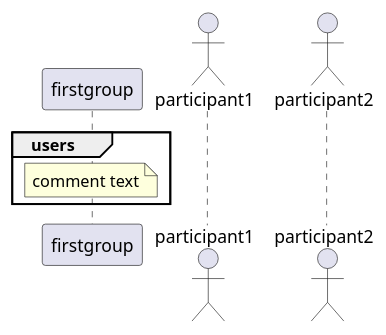
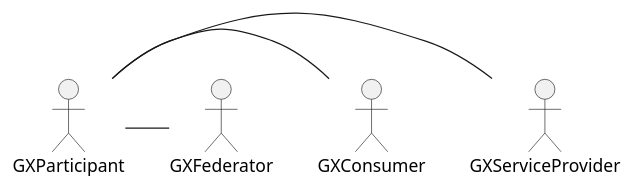
Before and after one commit to deltaDAO/files: the diagram in Architecture Designspace/participants.puml, drawn with PlantUML. The commit also changed 2 other files, not shown here.

```diff
--- a/Architecture Designspace/participants.puml
+++ b/Architecture Designspace/participants.puml
@@ -1,9 +1,12 @@
 @startuml
-group users
-    note over firstgroup
-        comment text
-    end note
-    actor participant1
-    actor participant2 
-end group
+
+actor GXParticipant
+actor GXServiceProvider
+actor GXConsumer
+actor GXFederator
+
+GXParticipant - GXServiceProvider
+GXParticipant - GXConsumer
+GXParticipant - GXFederator
+
 @enduml
```
